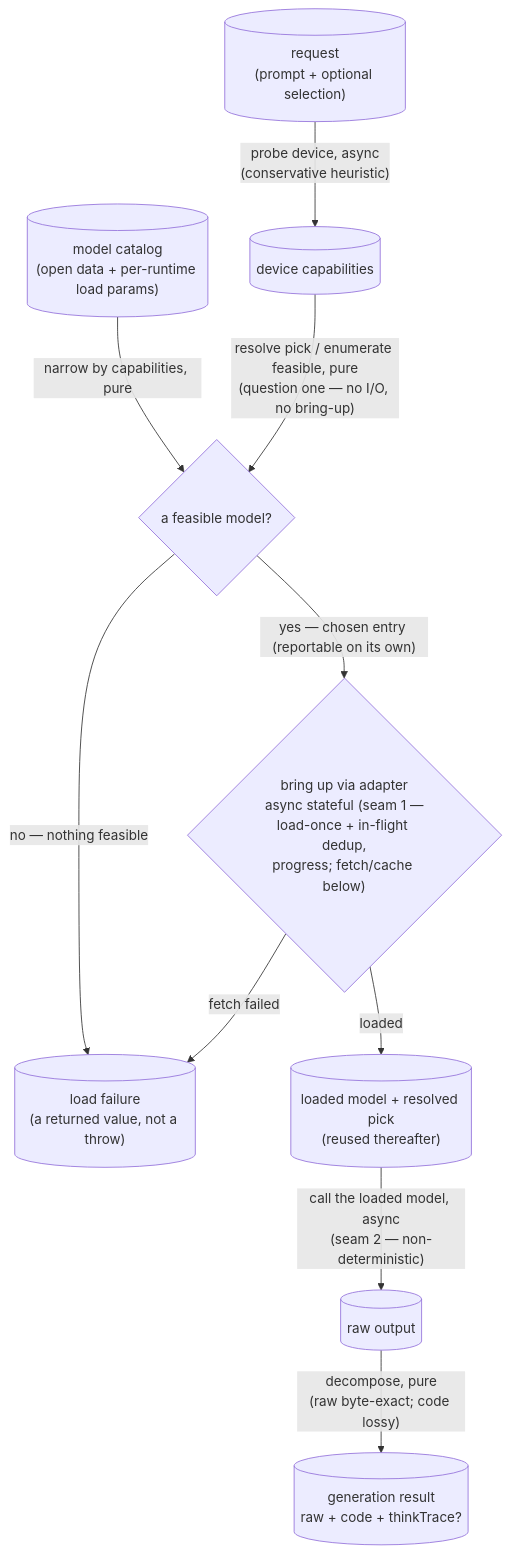
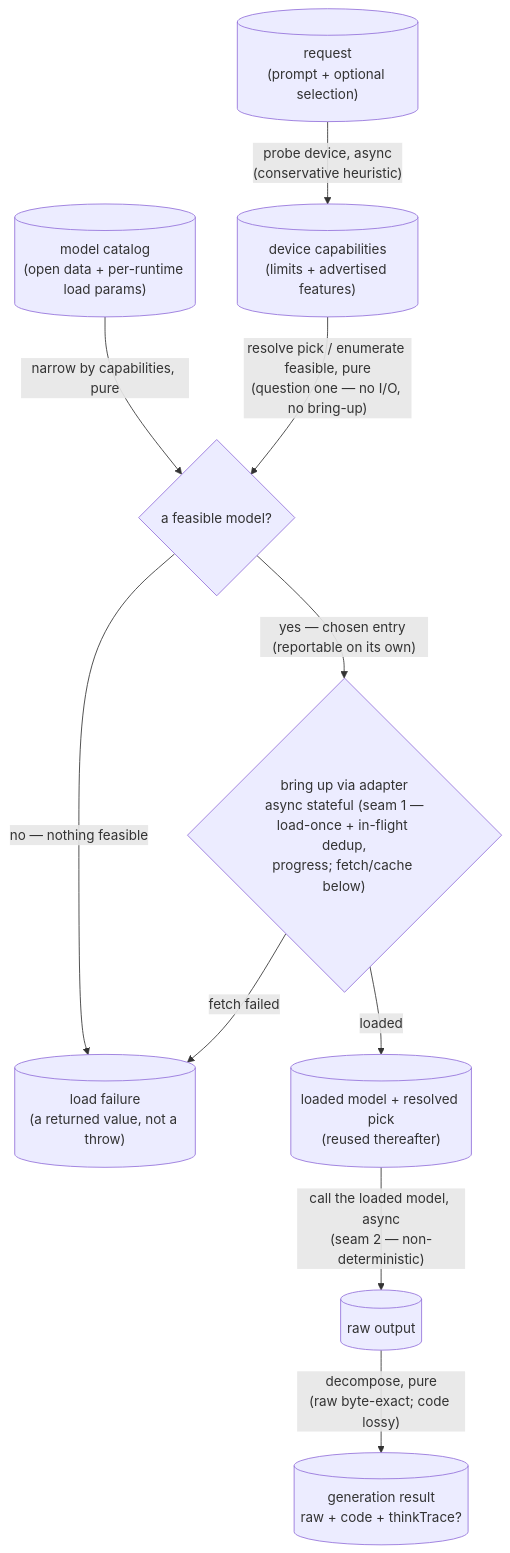
One commit to codeschoolinabox/curricula changed the diagram in src/lib/study-lenses/lib/local-llm/DOCS.md. Above: the diagram before and after it, drawn with Mermaid. The commit also changed other lines of this file and 2 other files, not shown here.

First line of the commit message:
docs: amend local-llm contract for a WebGPU required-features gate

````diff
--- a/src/lib/study-lenses/lib/local-llm/DOCS.md
+++ b/src/lib/study-lenses/lib/local-llm/DOCS.md
@@ -60,12 +61,12 @@
 ```mermaid
 flowchart TD
-    req[("request<br/>(prompt + optional selection)")] -->|"probe device, async<br/>(conservative heuristic)"| caps[("device capabilities")]
+    req[("request<br/>(prompt + optional selection)")] -->|"probe device, async<br/>(conservative heuristic)"| caps[("device capabilities<br/>(limits + advertised features)")]
     catalog[("model catalog<br/>(open data + per-runtime load params)")] -->|"narrow by capabilities, pure"| sel
     caps -->|"resolve pick / enumerate feasible, pure<br/>(question one — no I/O, no bring-up)"| sel{"a feasible model?"}
     sel -->|"no — nothing feasible"| fail[("load failure<br/>(a returned value, not a throw)")]
     sel -->|"yes — chosen entry (reportable on its own)"| up{"bring up via adapter<br/>async stateful (seam 1 —<br/>load-once + in-flight dedup,<br/>progress; fetch/cache below)"}
     up -->|"fetch failed"| fail
     up -->|"loaded"| model[("loaded model + resolved pick<br/>(reused thereafter)")]
     model -->|"call the loaded model, async<br/>(seam 2 — non-deterministic)"| raw[("raw output")]
     raw -->|"decompose, pure<br/>(raw byte-exact; code lossy)"| result[("generation result<br/>raw + code + thinkTrace?")]
 ```
````
